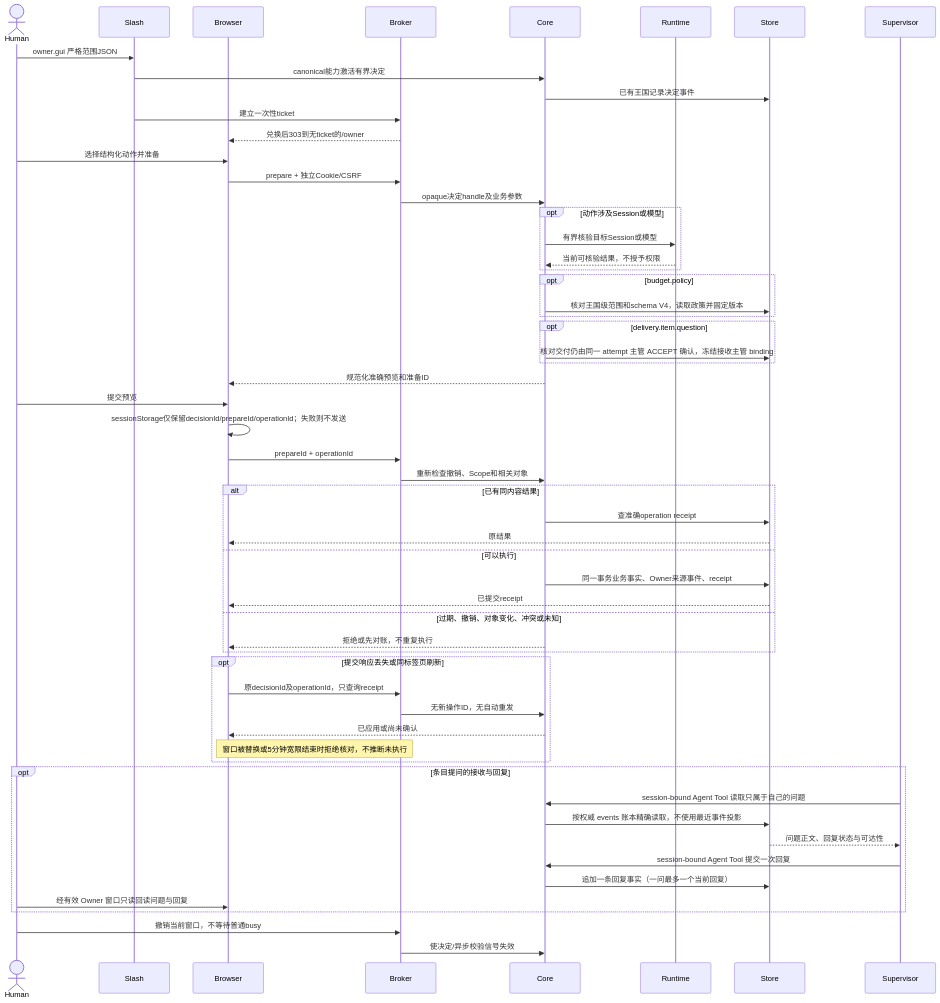
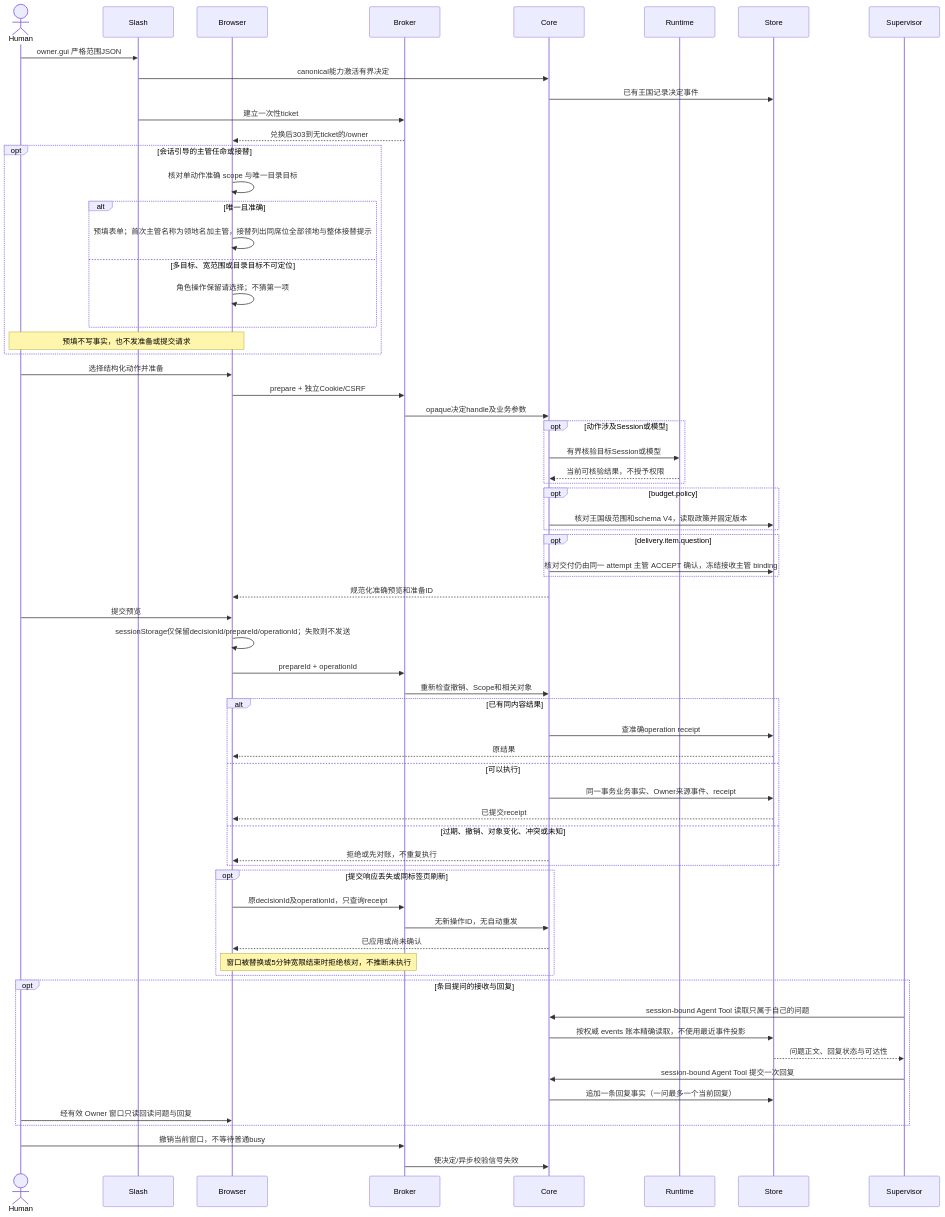
Before and after one commit to lusblead/dsh-Kingdom: the second of 3 diagrams in docs/feature-flows/gui-owner-control/flow.md, drawn with Mermaid. The commit also changed other lines of this file and 29 other files, not shown here.

````diff
--- a/docs/feature-flows/gui-owner-control/flow.md
+++ b/docs/feature-flows/gui-owner-control/flow.md
@@ -91,59 +100,68 @@
 ```mermaid
 sequenceDiagram
     actor Human
     participant Slash
     participant Browser
     participant Broker
     participant Core
     participant Runtime
     participant Store
     participant Supervisor
     Human->>Slash: owner.gui 严格范围JSON
     Slash->>Core: canonical能力激活有界决定
     Core->>Store: 已有王国记录决定事件
     Slash->>Broker: 建立一次性ticket
     Broker-->>Browser: 兑换后303到无ticket的/owner
+    opt 会话引导的主管任命或接替
+        Browser->>Browser: 核对单动作准确 scope 与唯一目录目标
+        alt 唯一且准确
+            Browser->>Browser: 预填表单；首次主管名称为领地名加主管，接替列出同席位全部领地与整体接替提示
+        else 多目标、宽范围或目录目标不可定位
+            Browser->>Browser: 角色操作保留请选择；不猜第一项
+        end
+        Note over Human,Browser: 预填不写事实，也不发准备或提交请求
+    end
     Human->>Browser: 选择结构化动作并准备
     Browser->>Broker: prepare + 独立Cookie/CSRF
     Broker->>Core: opaque决定handle及业务参数
     opt 动作涉及Session或模型
         Core->>Runtime: 有界核验目标Session或模型
         Runtime-->>Core: 当前可核验结果，不授予权限
     end
     opt budget.policy
         Core->>Store: 核对王国级范围和schema V4，读取政策并固定版本
     end
     opt delivery.item.question
         Core->>Store: 核对交付仍由同一 attempt 主管 ACCEPT 确认，冻结接收主管 binding
     end
     Core-->>Browser: 规范化准确预览和准备ID
     Human->>Browser: 提交预览
     Browser->>Browser: sessionStorage仅保留decisionId/prepareId/operationId；失败则不发送
     Browser->>Broker: prepareId + operationId
     Broker->>Core: 重新检查撤销、Scope和相关对象
     alt 已有同内容结果
         Core->>Store: 查准确operation receipt
         Store-->>Browser: 原结果
     else 可以执行
         Core->>Store: 同一事务业务事实、Owner来源事件、receipt
         Store-->>Browser: 已提交receipt
     else 过期、撤销、对象变化、冲突或未知
         Core-->>Browser: 拒绝或先对账，不重复执行
     end
     opt 提交响应丢失或同标签页刷新
         Browser->>Broker: 原decisionId及operationId，只查询receipt
         Broker->>Core: 无新操作ID，无自动重发
         Core-->>Browser: 已应用或尚未确认
         Note over Browser,Broker: 窗口被替换或5分钟宽限结束时拒绝核对，不推断未执行
     end
     opt 条目提问的接收与回复
         Supervisor->>Core: session-bound Agent Tool 读取只属于自己的问题
         Core->>Store: 按权威 events 账本精确读取，不使用最近事件投影
         Store-->>Supervisor: 问题正文、回复状态与可达性
         Supervisor->>Core: session-bound Agent Tool 提交一次回复
         Core->>Store: 追加一条回复事实（一问最多一个当前回复）
         Human->>Browser: 经有效 Owner 窗口只读回读问题与回复
     end
     Human->>Broker: 撤销当前窗口，不等待普通busy
     Broker->>Core: 使决定/异步校验信号失效
 ```
````
